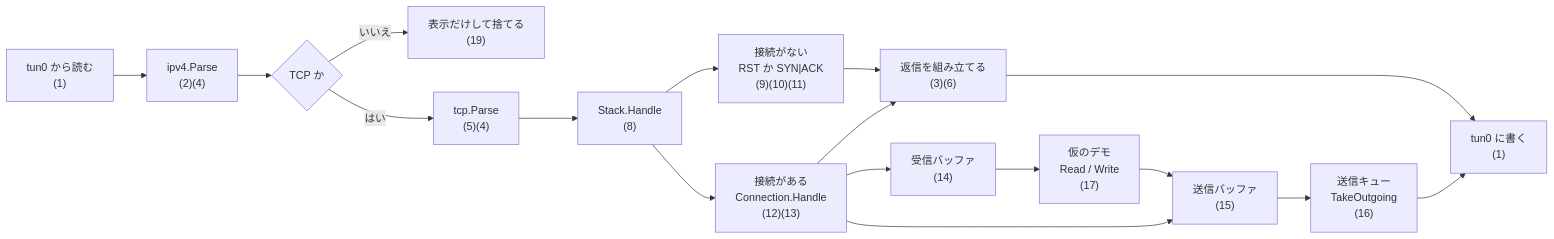
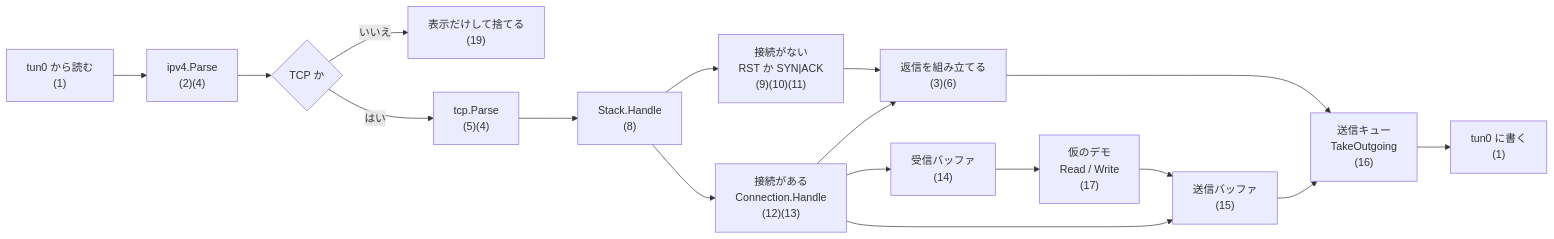
The diagram in docs/design.md (no2ca/go-tuntcp), drawn with Mermaid before and after one commit. The commit also changed other lines of this file and 5 other files, not shown here.

````diff
--- a/docs/design.md
+++ b/docs/design.md
@@ -16,19 +16,19 @@
 ```mermaid
 flowchart LR
     tun_in["tun0 から読む<br/>(1)"] --> ip["ipv4.Parse<br/>(2)(4)"]
     ip --> istcp{"TCP か"}
     istcp -- いいえ --> skip["表示だけして捨てる<br/>(19)"]
     istcp -- はい --> tcp["tcp.Parse<br/>(5)(4)"]
     tcp --> stack["Stack.Handle<br/>(8)"]
     stack --> noconn["接続がない<br/>RST か SYN|ACK<br/>(9)(10)(11)"]
     stack --> conn["接続がある<br/>Connection.Handle<br/>(12)(13)"]
     noconn --> build["返信を組み立てる<br/>(3)(6)"]
     conn --> build
     conn --> rcvbuf["受信バッファ<br/>(14)"]
     rcvbuf --> demo["仮のデモ<br/>Read / Write<br/>(17)"]
     demo --> sndbuf["送信バッファ<br/>(15)"]
     conn --> sndbuf
-    sndbuf --> queue["送信キュー<br/>TakeOutgoing<br/>(16)"]
-    build --> tun_out["tun0 に書く<br/>(1)"]
-    queue --> tun_out
+    build --> queue["送信キュー<br/>TakeOutgoing<br/>(16)"]
+    sndbuf --> queue
+    queue --> tun_out["tun0 に書く<br/>(1)"]
 ```
````
